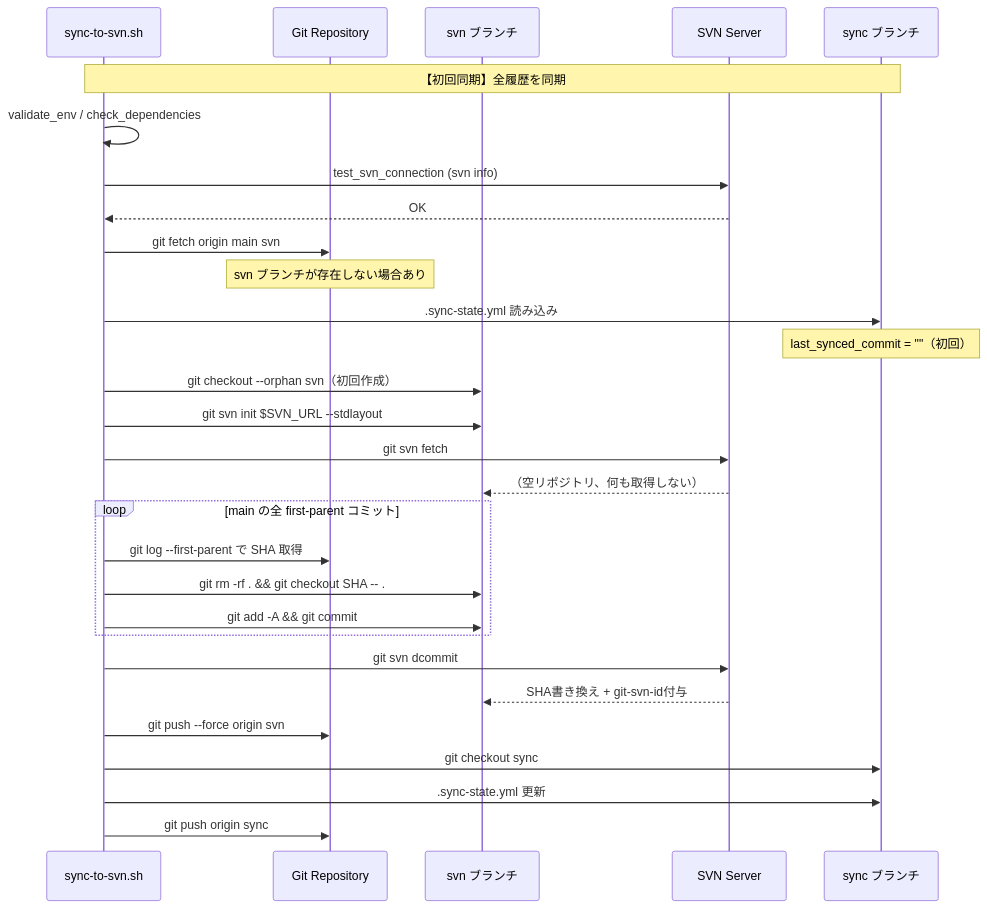
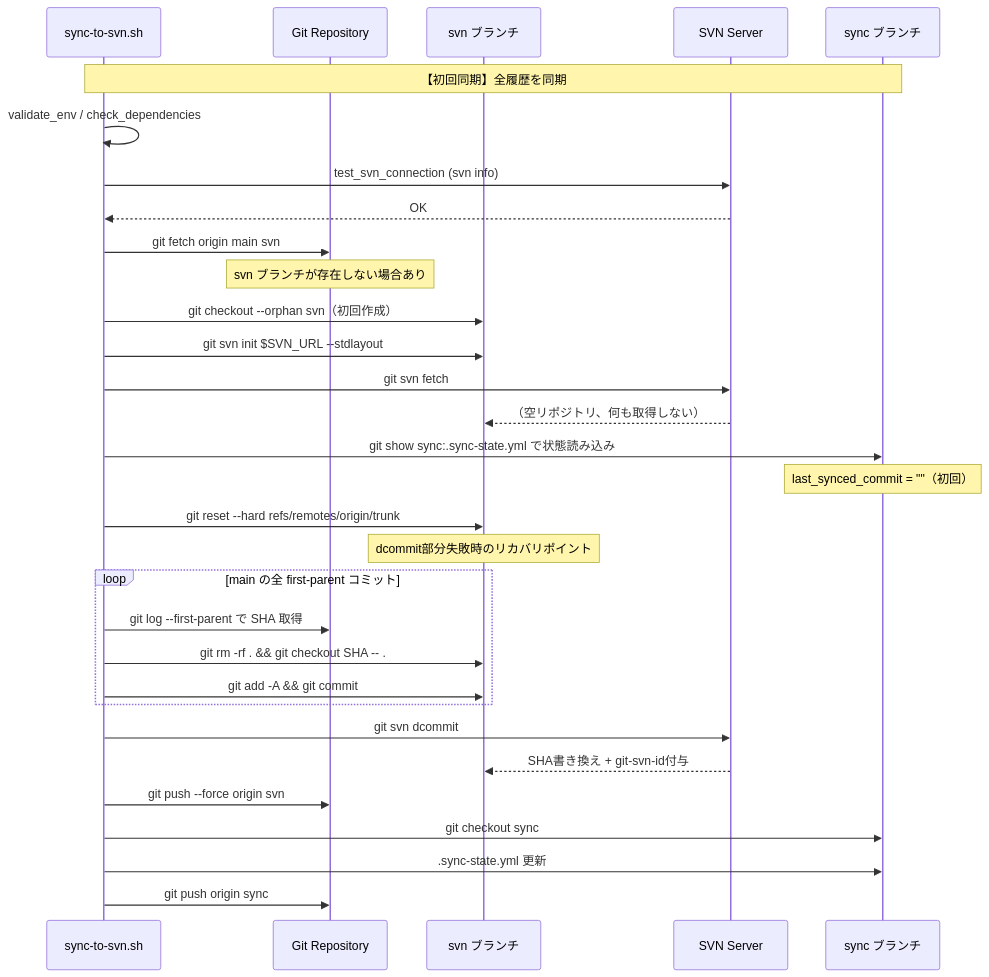
Before and after one commit to NagasakaH/dev-process: the fourth of 10 diagrams in docs/git-svn-backup/design/04_process-flow-design.md, drawn with Mermaid. The commit also changed other lines of this file and 4 other files, not shown here.

````diff
--- a/docs/git-svn-backup/design/04_process-flow-design.md
+++ b/docs/git-svn-backup/design/04_process-flow-design.md
@@ -99,40 +100,43 @@
 ```mermaid
 sequenceDiagram
     participant SCRIPT as sync-to-svn.sh
     participant GIT as Git Repository
     participant SVN_BR as svn ブランチ
     participant SVN_SRV as SVN Server
     participant SYNC_BR as sync ブランチ
 
     Note over SCRIPT,SYNC_BR: 【初回同期】全履歴を同期
 
     SCRIPT->>SCRIPT: validate_env / check_dependencies
     SCRIPT->>SVN_SRV: test_svn_connection (svn info)
     SVN_SRV-->>SCRIPT: OK
 
     SCRIPT->>GIT: git fetch origin main svn
     Note over GIT: svn ブランチが存在しない場合あり
 
-    SCRIPT->>SYNC_BR: .sync-state.yml 読み込み
-    Note over SYNC_BR: last_synced_commit = ""（初回）
-
     SCRIPT->>SVN_BR: git checkout --orphan svn（初回作成）
     SCRIPT->>SVN_BR: git svn init $SVN_URL --stdlayout
     SCRIPT->>SVN_SRV: git svn fetch
     SVN_SRV-->>SVN_BR: （空リポジトリ、何も取得しない）
+
+    SCRIPT->>SYNC_BR: git show sync:.sync-state.yml で状態読み込み
+    Note over SYNC_BR: last_synced_commit = ""（初回）
+
+    SCRIPT->>SVN_BR: git reset --hard refs/remotes/origin/trunk
+    Note over SVN_BR: dcommit部分失敗時のリカバリポイント
 
     loop main の全 first-parent コミット
         SCRIPT->>GIT: git log --first-parent で SHA 取得
         SCRIPT->>SVN_BR: git rm -rf . && git checkout SHA -- .
         SCRIPT->>SVN_BR: git add -A && git commit
     end
 
     SCRIPT->>SVN_SRV: git svn dcommit
     SVN_SRV-->>SVN_BR: SHA書き換え + git-svn-id付与
 
     SCRIPT->>GIT: git push --force origin svn
 
     SCRIPT->>SYNC_BR: git checkout sync
     SCRIPT->>SYNC_BR: .sync-state.yml 更新
     SCRIPT->>GIT: git push origin sync
 ```
````
